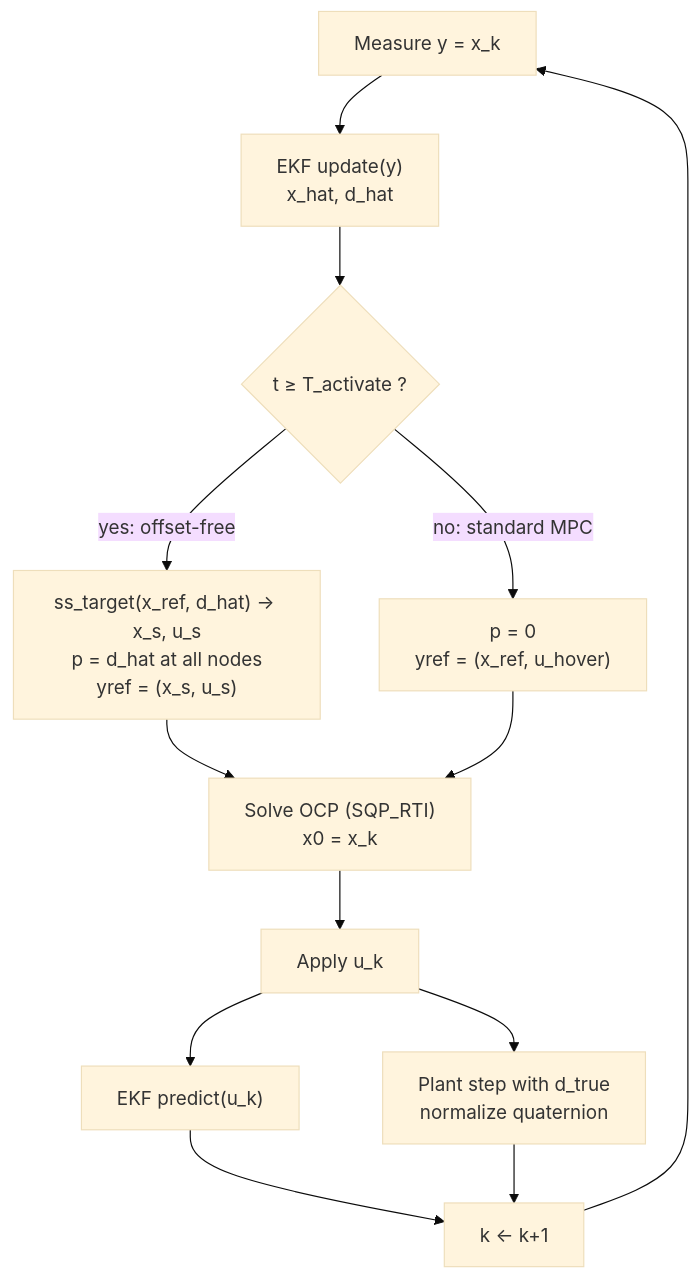
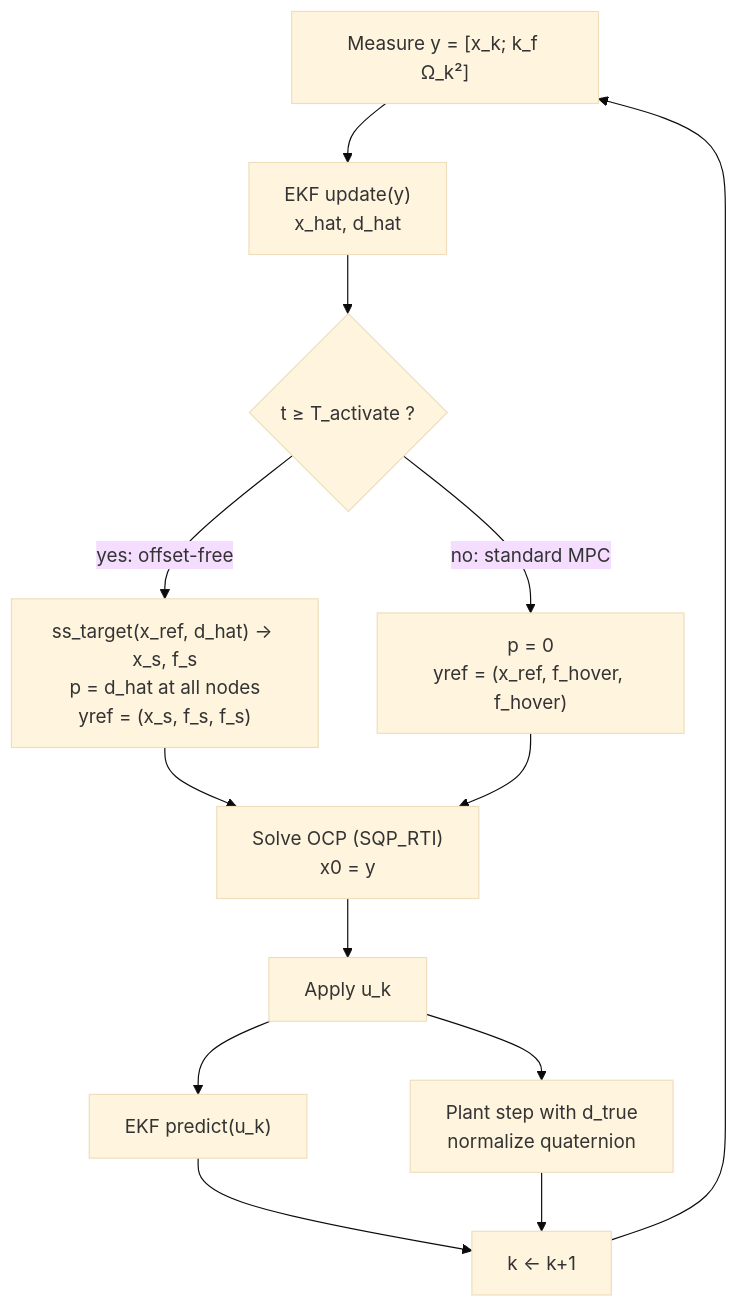
Before and after one commit to navis-stella/quadrotor-mpc: the diagram in docs/stage3_offset_free.md, drawn with Mermaid (base theme). The commit also changed other lines of this file and 10 other files, not shown here.

First line of the commit message:
Stage 3: offset-free NMPC on the motor-dynamics model

````diff
--- a/docs/stage3_offset_free.md
+++ b/docs/stage3_offset_free.md
@@ -199,15 +219,15 @@
 ```mermaid
 flowchart TD
-    A[Measure y = x_k] --> B["EKF update(y)<br/>x_hat, d_hat"]
+    A["Measure y = [x_k; k_f Ω_k²]"] --> B["EKF update(y)<br/>x_hat, d_hat"]
     B --> C{t ≥ T_activate ?}
-    C -- "yes: offset-free" --> D["ss_target(x_ref, d_hat) → x_s, u_s<br/>p = d_hat at all nodes<br/>yref = (x_s, u_s)"]
-    C -- "no: standard MPC" --> E["p = 0<br/>yref = (x_ref, u_hover)"]
-    D --> F["Solve OCP (SQP_RTI)<br/>x0 = x_k"]
+    C -- "yes: offset-free" --> D["ss_target(x_ref, d_hat) → x_s, f_s<br/>p = d_hat at all nodes<br/>yref = (x_s, f_s, f_s)"]
+    C -- "no: standard MPC" --> E["p = 0<br/>yref = (x_ref, f_hover, f_hover)"]
+    D --> F["Solve OCP (SQP_RTI)<br/>x0 = y"]
     E --> F
     F --> G[Apply u_k]
     G --> H["EKF predict(u_k)"]
     G --> I["Plant step with d_true<br/>normalize quaternion"]
     H --> K[k ← k+1]
     I --> K
     K --> A
 ```
````
